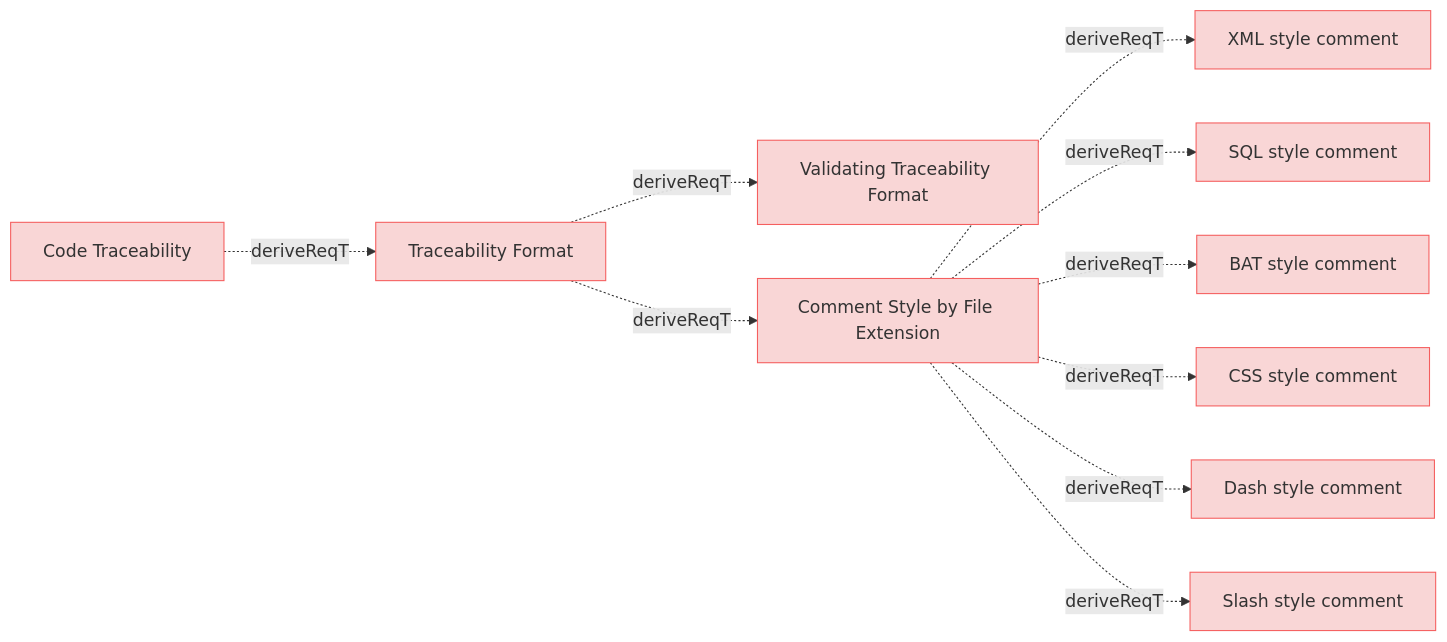
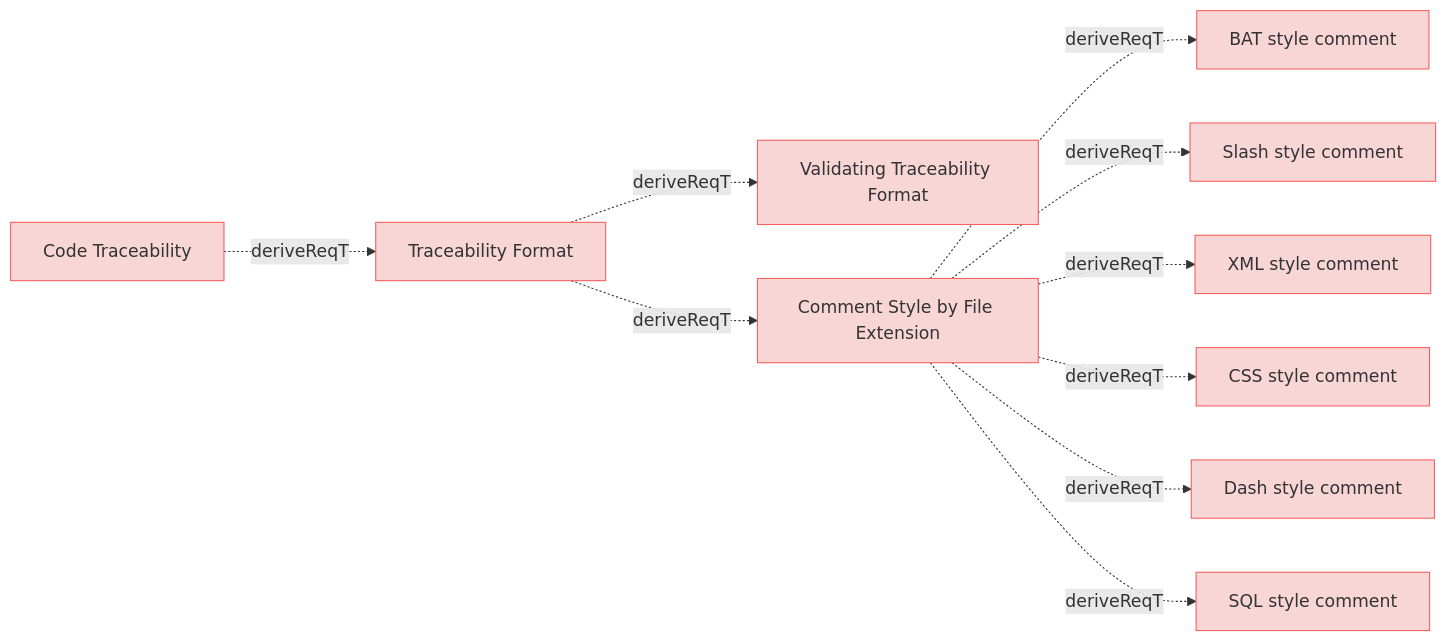
One commit to reqvire-org/reqvire changed the diagram in specifications/CodeTraecabilityRequirements.md. Above: the diagram before and after it, drawn with Mermaid. The commit also changed other lines of this file and 23 other files, not shown here.

````diff
--- a/specifications/CodeTraecabilityRequirements.md
+++ b/specifications/CodeTraecabilityRequirements.md
@@ -4,49 +4,49 @@
 ```mermaid
 graph LR;
   %% REQVIRE-AUTOGENERATED-DIAGRAM
   %% Graph styling
   classDef requirement fill:#f9d6d6,stroke:#f55f5f,stroke-width:1px;
   classDef verification fill:#d6f9d6,stroke:#5fd75f,stroke-width:1px;
   classDef externalLink fill:#d0e0ff,stroke:#3080ff,stroke-width:1px;
   classDef default fill:#f5f5f5,stroke:#333333,stroke-width:1px;
 
+  7fdde6a23819450b["BAT style comment"];
+  class 7fdde6a23819450b requirement;
+  click 7fdde6a23819450b "CodeTraecabilityRequirements.md#bat-style-comment";
+  99c4cc438042d855["Slash style comment"];
+  class 99c4cc438042d855 requirement;
+  click 99c4cc438042d855 "CodeTraecabilityRequirements.md#slash-style-comment";
   474c97b7d0029622["XML style comment"];
   class 474c97b7d0029622 requirement;
   click 474c97b7d0029622 "CodeTraecabilityRequirements.md#xml-style-comment";
   3db41d3530e56596["Validating Traceability Format"];
   class 3db41d3530e56596 requirement;
   click 3db41d3530e56596 "CodeTraecabilityRequirements.md#validating-traceability-format";
   f4c09ad7359812ff["Comment Style by File Extension"];
   class f4c09ad7359812ff requirement;
   click f4c09ad7359812ff "CodeTraecabilityRequirements.md#comment-style-by-file-extension";
+  f4c09ad7359812ff -.->|deriveReqT| 7fdde6a23819450b;
+  f4c09ad7359812ff -.->|deriveReqT| 99c4cc438042d855;
   f4c09ad7359812ff -.->|deriveReqT| 474c97b7d0029622;
-  39fc946195c12956["SQL style comment"];
-  class 39fc946195c12956 requirement;
-  click 39fc946195c12956 "CodeTraecabilityRequirements.md#sql-style-comment";
-  f4c09ad7359812ff -.->|deriveReqT| 39fc946195c12956;
-  7fdde6a23819450b["BAT style comment"];
-  class 7fdde6a23819450b requirement;
-  click 7fdde6a23819450b "CodeTraecabilityRequirements.md#bat-style-comment";
-  f4c09ad7359812ff -.->|deriveReqT| 7fdde6a23819450b;
   a91fc474f292f1c9["CSS style comment"];
   class a91fc474f292f1c9 requirement;
   click a91fc474f292f1c9 "CodeTraecabilityRequirements.md#css-style-comment";
   f4c09ad7359812ff -.->|deriveReqT| a91fc474f292f1c9;
   be41c3d9e39abe6f["Dash style comment"];
   class be41c3d9e39abe6f requirement;
   click be41c3d9e39abe6f "CodeTraecabilityRequirements.md#dash-style-comment";
   f4c09ad7359812ff -.->|deriveReqT| be41c3d9e39abe6f;
-  99c4cc438042d855["Slash style comment"];
-  class 99c4cc438042d855 requirement;
-  click 99c4cc438042d855 "CodeTraecabilityRequirements.md#slash-style-comment";
-  f4c09ad7359812ff -.->|deriveReqT| 99c4cc438042d855;
+  39fc946195c12956["SQL style comment"];
+  class 39fc946195c12956 requirement;
+  click 39fc946195c12956 "CodeTraecabilityRequirements.md#sql-style-comment";
+  f4c09ad7359812ff -.->|deriveReqT| 39fc946195c12956;
   9314736a59776478["Traceability Format"];
   class 9314736a59776478 requirement;
   click 9314736a59776478 "CodeTraecabilityRequirements.md#traceability-format";
   9314736a59776478 -.->|deriveReqT| 3db41d3530e56596;
   9314736a59776478 -.->|deriveReqT| f4c09ad7359812ff;
   26ca72b617aff229["Code Traceability"];
   class 26ca72b617aff229 requirement;
   click 26ca72b617aff229 "UserRequirements.md#code-traceability";
   26ca72b617aff229 -.->|deriveReqT| 9314736a59776478;
 ```
````
